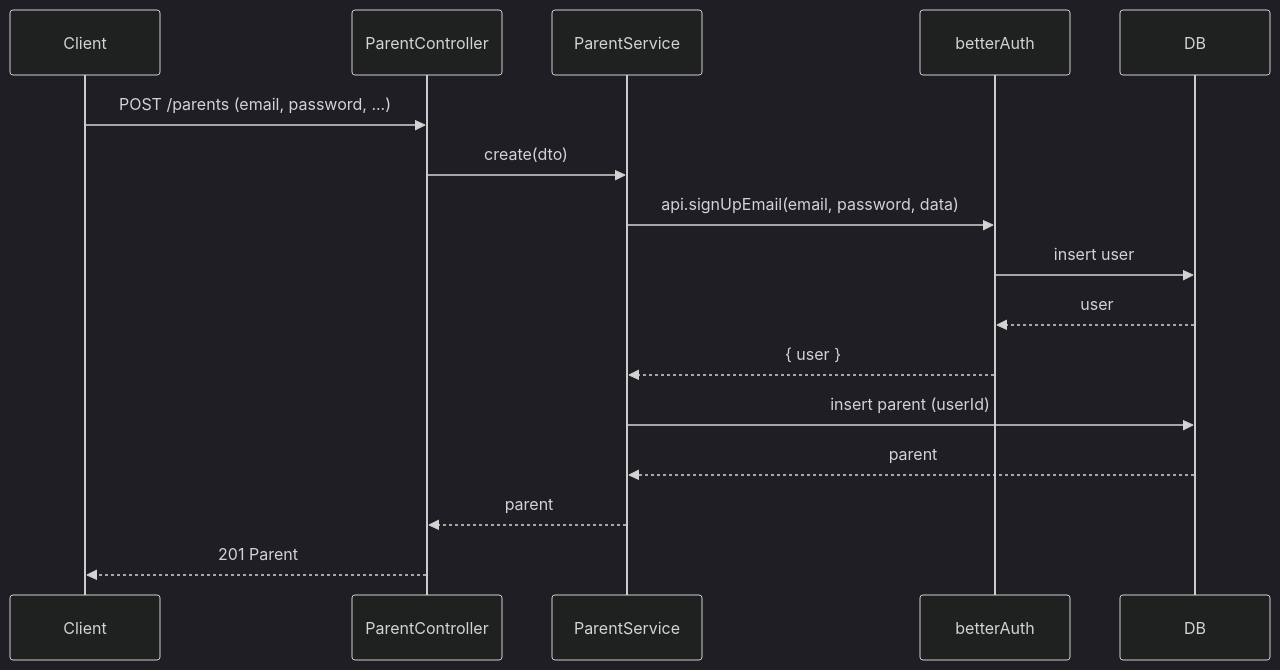
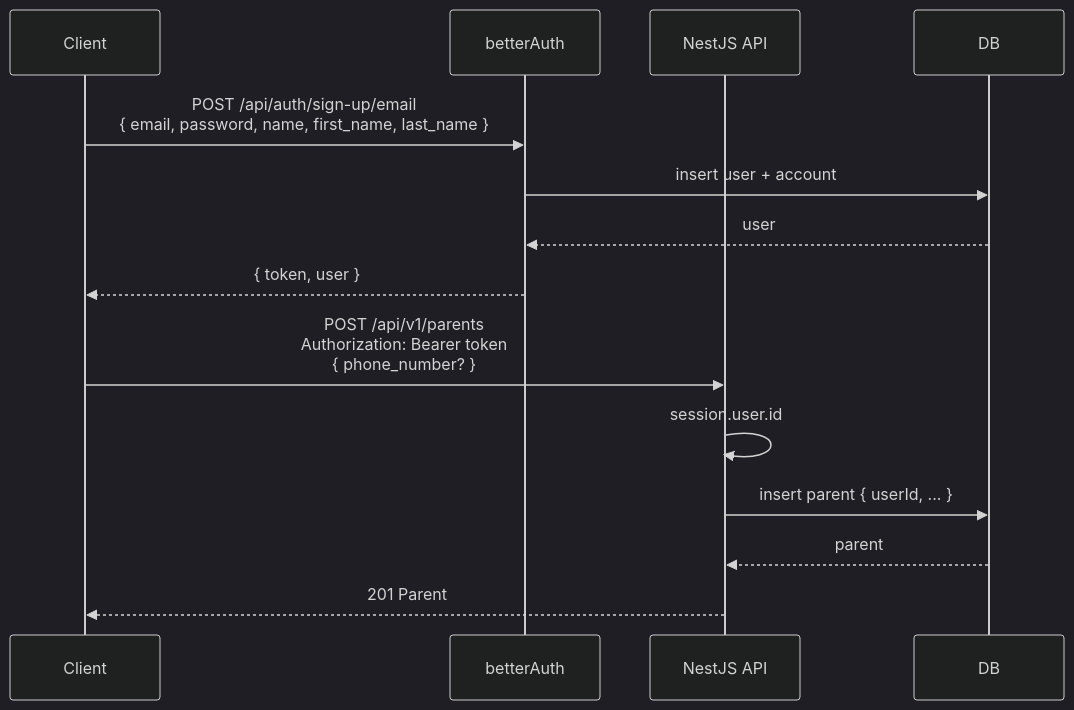
One commit to BelkorcheWidad/elFulk-Backend changed the second of 4 diagrams in docs/auth/AUTH.md. Above: the diagram before and after it, drawn with Mermaid (dark theme). The commit also changed other lines of this file and 6 other files, not shown here.

Commit message:
fix(auth): Fixed flow for registration

````diff
--- a/docs/auth/AUTH.md
+++ b/docs/auth/AUTH.md
@@ -55,19 +57,18 @@
 ```mermaid
 sequenceDiagram
     participant Client
-    participant ParentController
-    participant ParentService
     participant betterAuth
+    participant API as NestJS API
     participant DB
 
-    Client->>ParentController: POST /parents (email, password, ...)
-    ParentController->>ParentService: create(dto)
-    ParentService->>betterAuth: api.signUpEmail(email, password, data)
-    betterAuth->>DB: insert user
+    Client->>betterAuth: POST /api/auth/sign-up/email<br/>{ email, password, name, first_name, last_name }
+    betterAuth->>DB: insert user + account
     DB-->>betterAuth: user
-    betterAuth-->>ParentService: { user }
-    ParentService->>DB: insert parent (userId)
-    DB-->>ParentService: parent
-    ParentService-->>ParentController: parent
-    ParentController-->>Client: 201 Parent
+    betterAuth-->>Client: { token, user }
+
+    Client->>API: POST /api/v1/parents<br/>Authorization: Bearer token<br/>{ phone_number? }
+    API->>API: session.user.id
+    API->>DB: insert parent { userId, ... }
+    DB-->>API: parent
+    API-->>Client: 201 Parent
 ```
````
